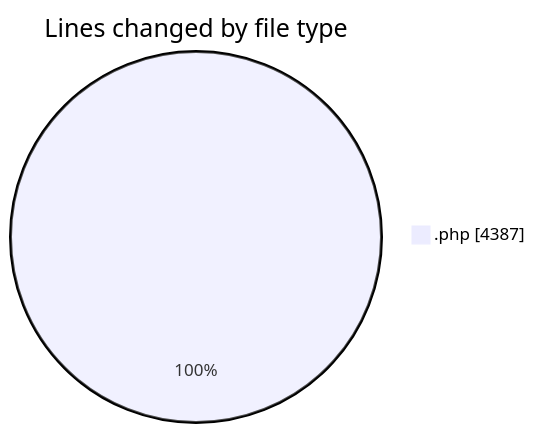
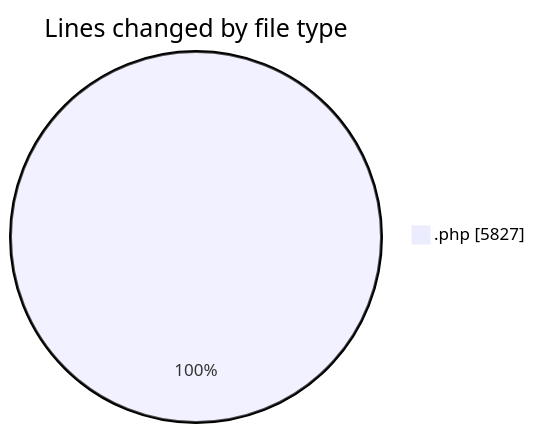
The first of 2 diagrams in 2025-04-10/zeytoon/README.md (vahidmafi/code-tracking), drawn with Mermaid before and after one commit. The commit also changed other lines of this file and 1 other file, not shown here.

````diff
--- a/2025-04-10/zeytoon/README.md
+++ b/2025-04-10/zeytoon/README.md
@@ -22,5 +25,5 @@
 ```mermaid
 pie showData
 title Lines changed by file type
-".php" : 4387
+".php" : 5827
 ```
````
